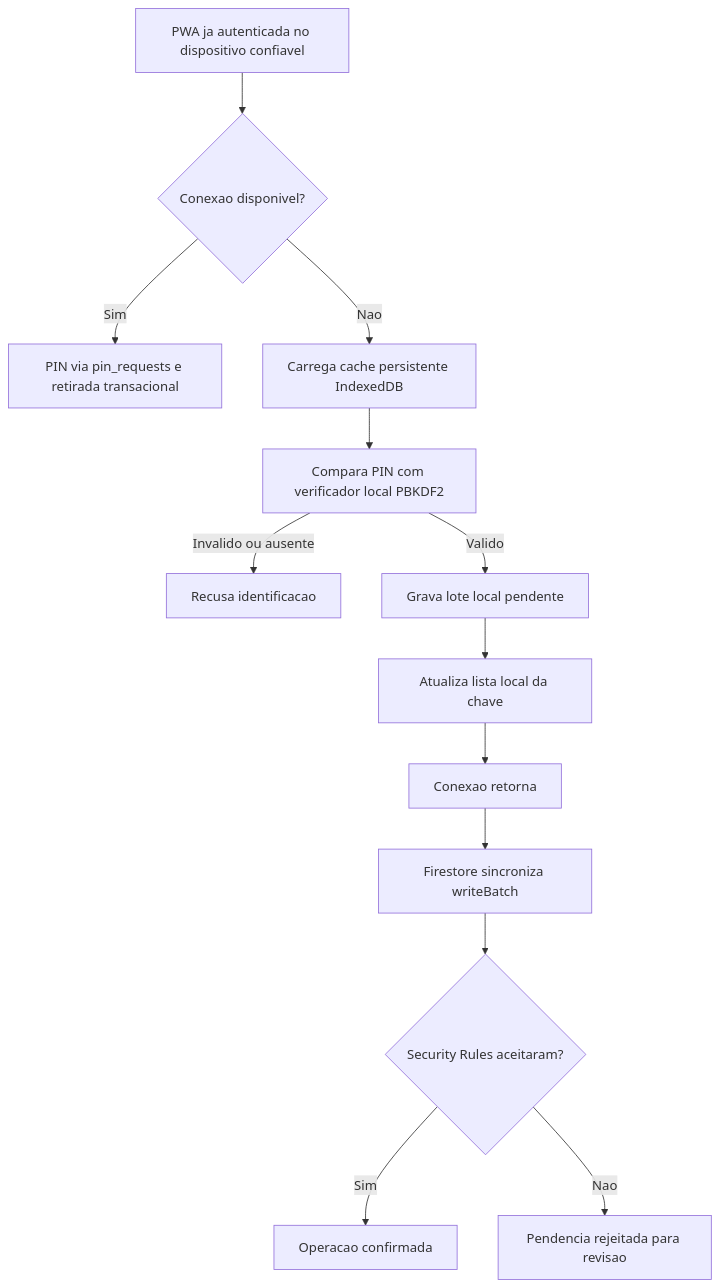
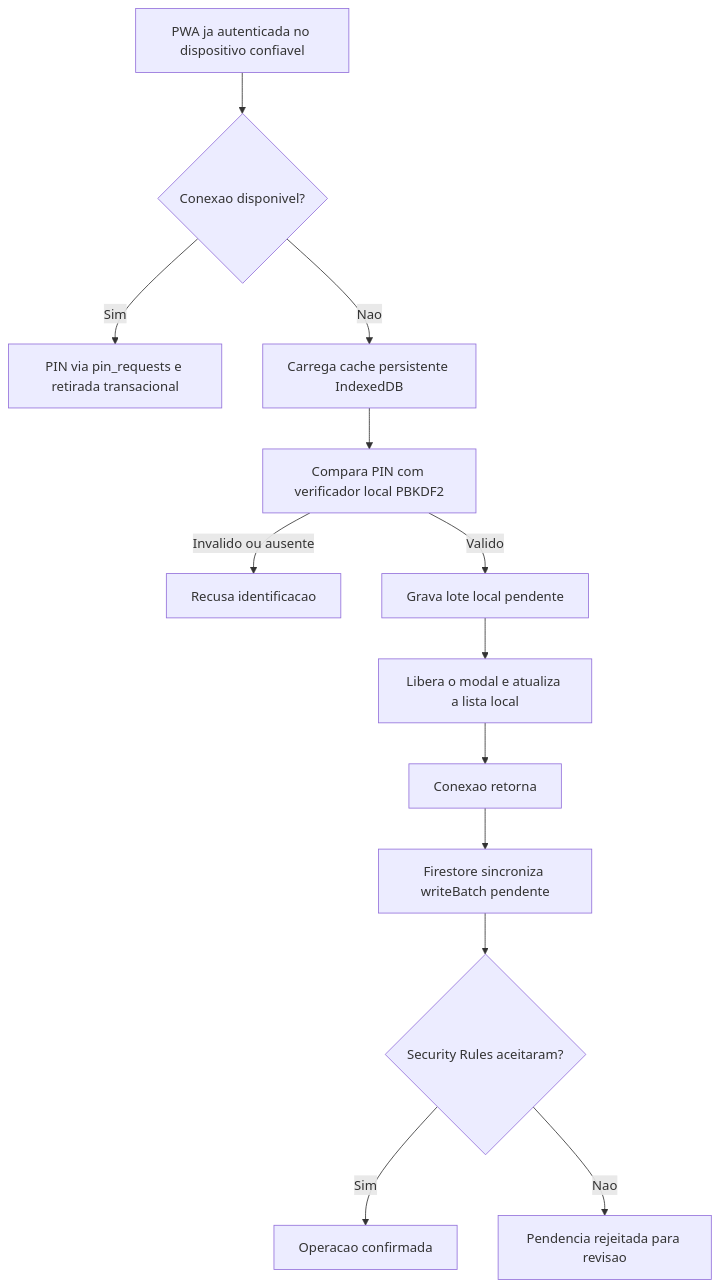
The fourth of 5 diagrams in docs/fluxos-e-modelo.md (jacsonlinux/chaveiro-ifbaps), drawn with Mermaid before and after one commit. The commit also changed other lines of this file and 2 other files, not shown here.

Commit message:
Libera operacao offline da portaria

````diff
--- a/docs/fluxos-e-modelo.md
+++ b/docs/fluxos-e-modelo.md
@@ -312,15 +312,15 @@
 ```mermaid
 flowchart TD
     A[PWA ja autenticada no dispositivo confiavel] --> B{Conexao disponivel?}
     B -->|Sim| C[PIN via pin_requests e retirada transacional]
     B -->|Nao| D[Carrega cache persistente IndexedDB]
     D --> E[Compara PIN com verificador local PBKDF2]
     E -->|Invalido ou ausente| F[Recusa identificacao]
     E -->|Valido| G[Grava lote local pendente]
-    G --> H[Atualiza lista local da chave]
+    G --> H[Libera o modal e atualiza a lista local]
     H --> I[Conexao retorna]
-    I --> J[Firestore sincroniza writeBatch]
+    I --> J[Firestore sincroniza writeBatch pendente]
     J --> K{Security Rules aceitaram?}
     K -->|Sim| L[Operacao confirmada]
     K -->|Nao| M[Pendencia rejeitada para revisao]
 ```
````
